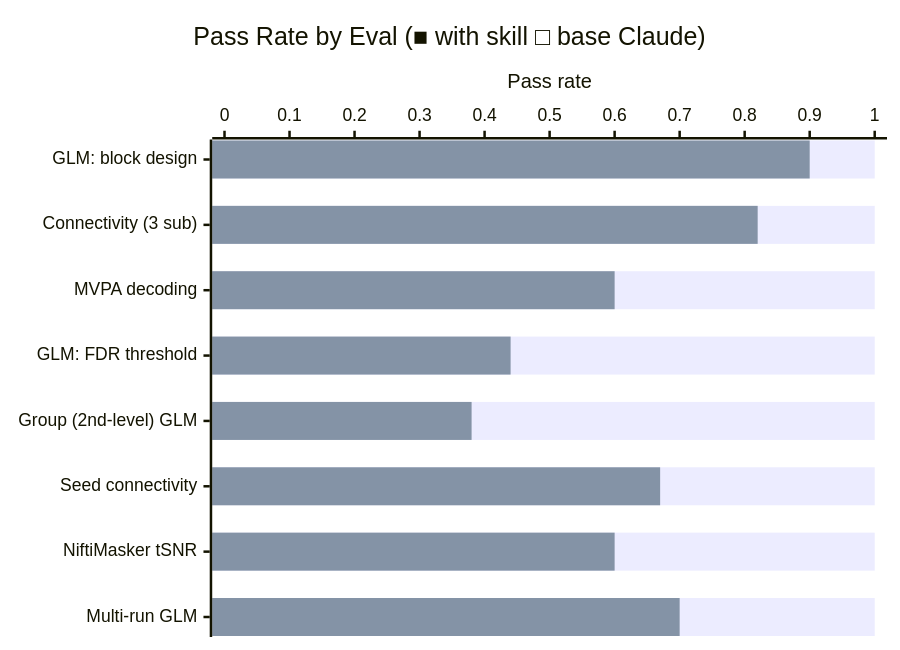
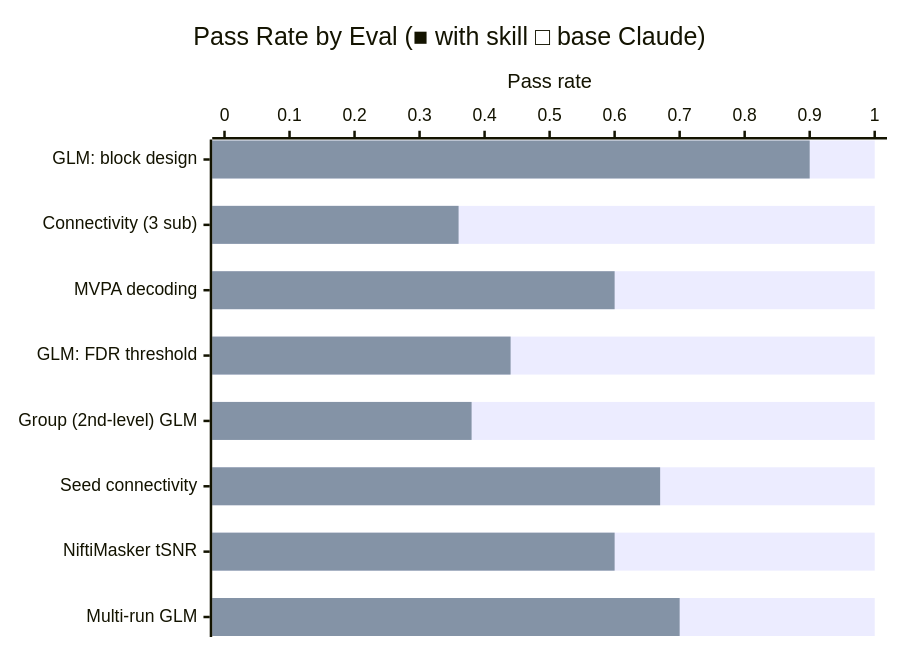
The diagram in nilearn-fmri/README.md (JacobElder/jakes-skills), drawn with Mermaid before and after one commit. The commit also changed other lines of this file and 2 other files, not shown here.

````diff
--- a/nilearn-fmri/README.md
+++ b/nilearn-fmri/README.md
@@ -74,8 +97,8 @@
 ```mermaid
 xychart-beta horizontal
     title "Pass Rate by Eval (■ with skill  □ base Claude)"
     x-axis ["GLM: block design", "Connectivity (3 sub)", "MVPA decoding", "GLM: FDR threshold", "Group (2nd-level) GLM", "Seed connectivity", "NiftiMasker tSNR", "Multi-run GLM"]
     y-axis "Pass rate" 0 --> 1
     bar [1.0, 1.0, 1.0, 1.0, 1.0, 1.0, 1.0, 1.0]
-    bar [0.90, 0.82, 0.60, 0.44, 0.38, 0.67, 0.60, 0.70]
+    bar [0.90, 0.36, 0.60, 0.44, 0.38, 0.67, 0.60, 0.70]
 ```
````
